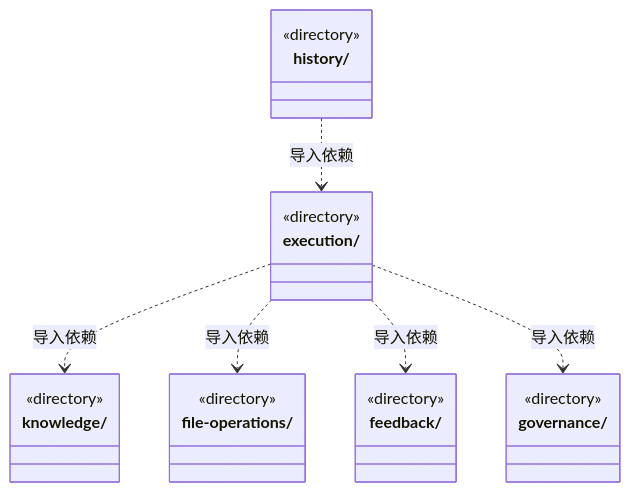
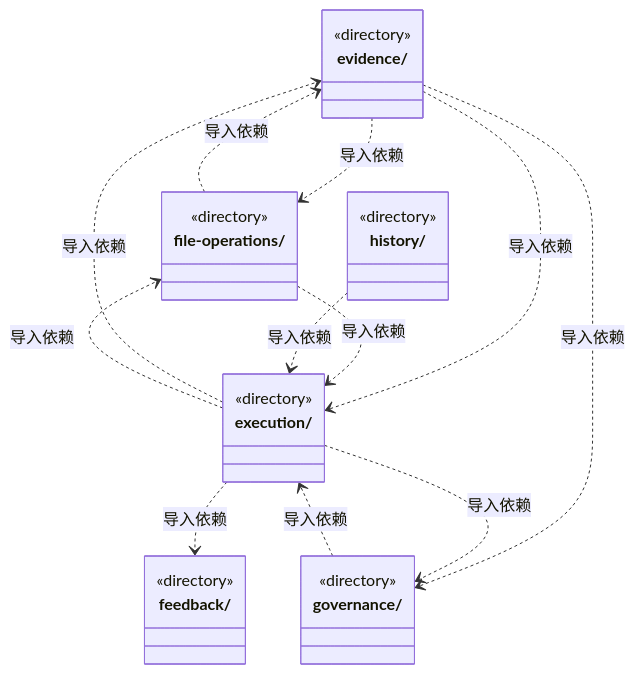
One commit to nan023062/cbim changed the second of 4 diagrams in src/logic/ARCHITECTURE.md. Above: the diagram before and after it, drawn with Mermaid. The commit also changed other lines of this file and 657 other files, not shown here.

````diff
--- a/src/logic/ARCHITECTURE.md
+++ b/src/logic/ARCHITECTURE.md
@@ -42,26 +47,32 @@
 ```mermaid
 classDiagram
+class N_src_logic_evidence["evidence/"] {
+  <<directory>>
+}
 class N_src_logic_execution["execution/"] {
   <<directory>>
 }
 class N_src_logic_feedback["feedback/"] {
   <<directory>>
 }
 class N_src_logic_file_operations["file-operations/"] {
   <<directory>>
 }
 class N_src_logic_governance["governance/"] {
   <<directory>>
 }
 class N_src_logic_history["history/"] {
   <<directory>>
 }
-class N_src_logic_knowledge["knowledge/"] {
-  <<directory>>
-}
-N_src_logic_execution ..> N_src_logic_knowledge : 导入依赖
+N_src_logic_evidence ..> N_src_logic_file_operations : 导入依赖
+N_src_logic_evidence ..> N_src_logic_execution : 导入依赖
+N_src_logic_evidence ..> N_src_logic_governance : 导入依赖
+N_src_logic_execution ..> N_src_logic_evidence : 导入依赖
 N_src_logic_execution ..> N_src_logic_file_operations : 导入依赖
 N_src_logic_execution ..> N_src_logic_feedback : 导入依赖
 N_src_logic_execution ..> N_src_logic_governance : 导入依赖
+N_src_logic_file_operations ..> N_src_logic_evidence : 导入依赖
+N_src_logic_file_operations ..> N_src_logic_execution : 导入依赖
+N_src_logic_governance ..> N_src_logic_execution : 导入依赖
 N_src_logic_history ..> N_src_logic_execution : 导入依赖
 ```
````
